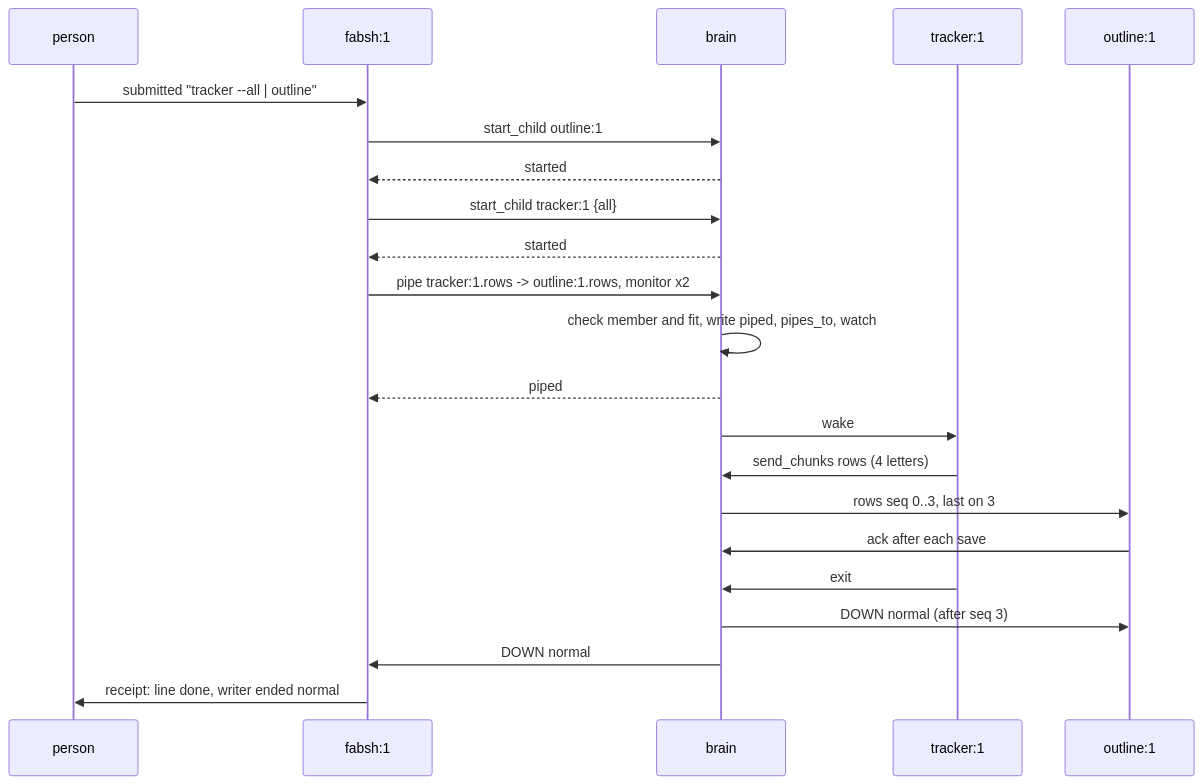
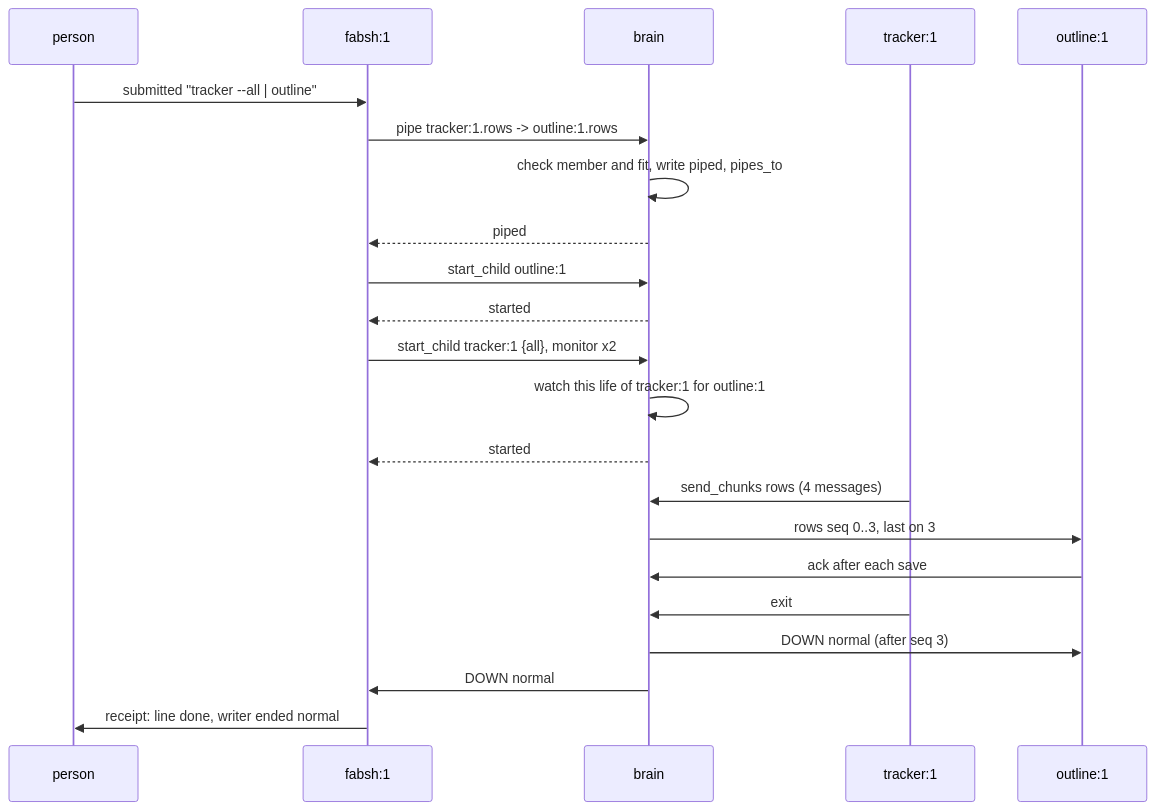
Before and after one commit to kamp-us/tea-fabrika: the diagram in docs/direction/how-a-pipe-carries-output.md, drawn with Mermaid. The commit also changed other lines of this file, not shown here.

Commit message:
The pipes note takes in the owner's rulings of 2026-11-15 (0549, 0550, 0551, with 0548) and the lead's plumbing calls, says message, and lists what is still open

````diff
--- a/docs/direction/how-a-pipe-carries-output.md
+++ b/docs/direction/how-a-pipe-carries-output.md
@@ -392,24 +533,24 @@
 ```mermaid
 sequenceDiagram
   participant P as person
   participant F as fabsh:1
   participant B as brain
   participant T as tracker:1
   participant O as outline:1
   P->>F: submitted "tracker --all | outline"
+  F->>B: pipe tracker:1.rows -> outline:1.rows
+  B->>B: check member and fit, write piped, pipes_to
+  B-->>F: piped
   F->>B: start_child outline:1
   B-->>F: started
-  F->>B: start_child tracker:1 {all}
+  F->>B: start_child tracker:1 {all}, monitor x2
+  B->>B: watch this life of tracker:1 for outline:1
   B-->>F: started
-  F->>B: pipe tracker:1.rows -> outline:1.rows, monitor x2
-  B->>B: check member and fit, write piped, pipes_to, watch
-  B-->>F: piped
-  B->>T: wake
-  T->>B: send_chunks rows (4 letters)
+  T->>B: send_chunks rows (4 messages)
   B->>O: rows seq 0..3, last on 3
   O->>B: ack after each save
   T->>B: exit
   B->>O: DOWN normal (after seq 3)
   B->>F: DOWN normal
   F->>P: receipt: line done, writer ended normal
 ```
````
